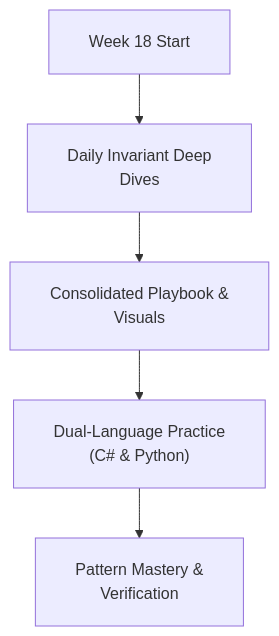
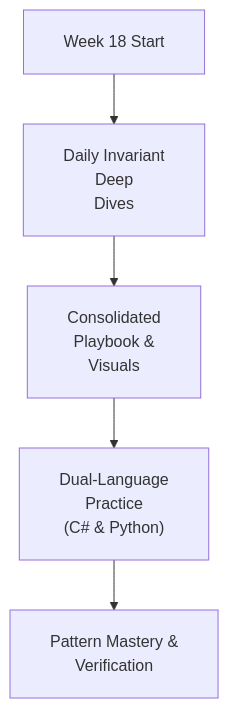
One commit to dip4k/DSA_102 changed the diagram in week_18_probabilistic_ds_systems/README.md. Above: the diagram before and after it, drawn with Mermaid. The commit also changed 106 other files, not shown here.

First line of the commit message:
fix(mermaid): prevent text clipping with foreignObject overflow and tighter line wrapping

````diff
--- a/week_18_probabilistic_ds_systems/README.md
+++ b/week_18_probabilistic_ds_systems/README.md
@@ -16,8 +16,8 @@
 ```mermaid
-%%{init: {"flowchart": {"htmlLabels": true, "padding": 20}}}%%
+%%{init: {"flowchart": {"htmlLabels": true, "padding": 20}, "themeCSS": "foreignObject { overflow: visible !important; }"}}%%
 flowchart TD
-    Start["Week 18 Start"] --> Daily["Daily Invariant Deep<br/>Dives"]
-    Daily --> Playbook["Consolidated Playbook &<br/>Visuals"]
-    Playbook --> DualLang["Dual-Language Practice<br/>(C# & Python)"]
+    Start["Week 18 Start"] --> Daily["Daily Invariant<br/>Deep<br/>Dives"]
+    Daily --> Playbook["Consolidated<br/>Playbook &<br/>Visuals"]
+    Playbook --> DualLang["Dual-Language<br/>Practice<br/>(C# & Python)"]
     DualLang --> Mastery["Pattern Mastery &<br/>Verification"]
 ```
````
